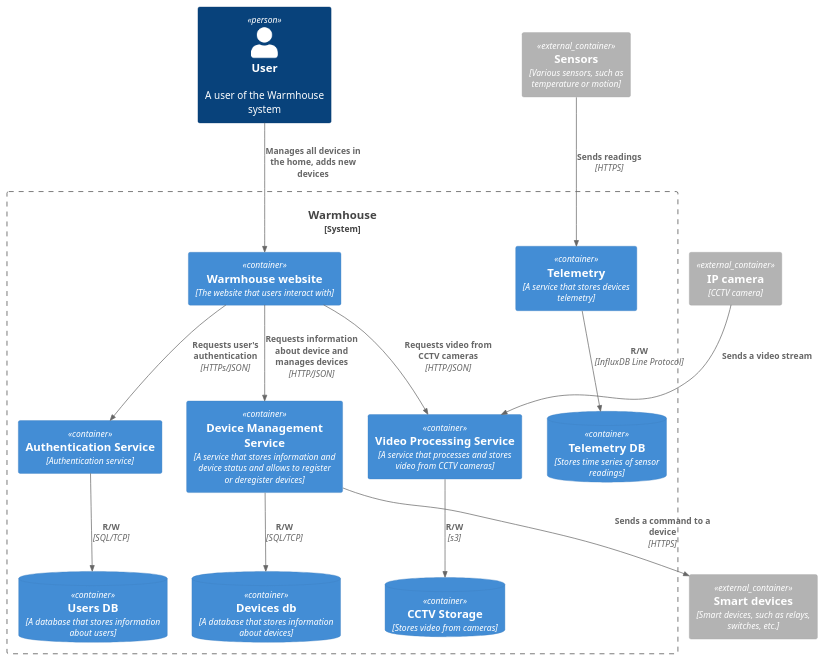
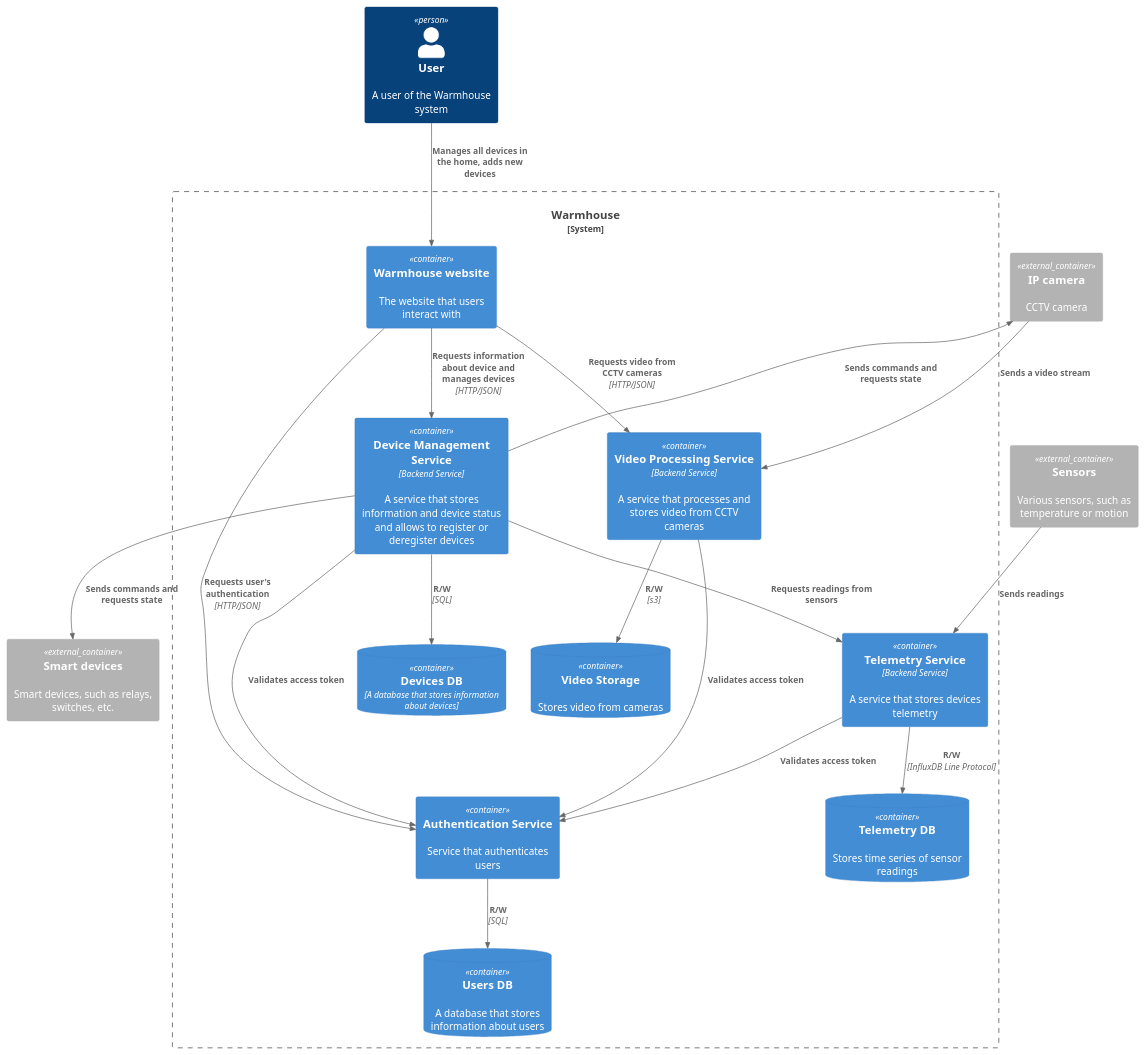
The diagram in docs/architecture/container.puml (afjord/architecture-pro-warmhouse), drawn with PlantUML before and after one commit. The commit also changed 3 other files, not shown here.

Commit message:
Fix container.puml and add component_device.puml

```diff
--- a/docs/architecture/container.puml
+++ b/docs/architecture/container.puml
@@ -1,39 +1,45 @@
 @startuml
 
 !include C4_Container.puml
 
 Person(user, "User", "A user of the Warmhouse system")
-Container_Ext(device, "Smart devices", "Smart devices, such as relays, switches, etc.")
-Container_Ext(sensor, "Sensors", "Various sensors, such as temperature or motion")
-Container_Ext(ip_camera, "IP camera", "CCTV camera")
+Container_Ext(device, "Smart devices", $descr="Smart devices, such as relays, switches, etc.")
+Container_Ext(sensor, "Sensors", $descr="Various sensors, such as temperature or motion")
+Container_Ext(ipCamera, "IP camera", $descr="CCTV camera")
 
-System_Boundary(warmhouse_system, "Warmhouse") {
-    Container(web_app, "Warmhouse website", "The website that users interact with")
+System_Boundary(warmhouseSystem, "Warmhouse") {
+    Container(webApp, "Warmhouse website", $descr="The website that users interact with")
 
-    Container(devices_management, "Device Management Service", "A service that stores information and device status and allows to register or deregister devices")
-    ContainerDb(devices_db, "Devices db", "A database that stores information about devices")
+    Container(devicesManagement, "Device Management Service", "Backend Service", "A service that stores information and device status and allows to register or deregister devices")
+    ContainerDb(devicesDb, "Devices DB", "A database that stores information about devices")
 
-    Container(auth_service, "Authentication Service", "Authentication service")
-    ContainerDb(users_db, "Users DB", "A database that stores information about users")
+    Container(authService, "Authentication Service", $descr="Service that authenticates users")
+    ContainerDb(usersDb, "Users DB", $descr="A database that stores information about users")
 
-    Container(telemetry, "Telemetry", "A service that stores devices telemetry")
-    ContainerDb(telemetry_db, "Telemetry DB", "Stores time series of sensor readings")
+    Container(telemetry, "Telemetry Service", "Backend Service", "A service that stores devices telemetry")
+    ContainerDb(telemetryDb, "Telemetry DB", $descr="Stores time series of sensor readings")
 
-    Container(video_service, "Video Processing Service", "A service that processes and stores video from CCTV cameras")
-    ContainerDb(video_db, "CCTV Storage", "Stores video from cameras")
+    Container(videoService, "Video Processing Service", "Backend Service", "A service that processes and stores video from CCTV cameras")
+    ContainerDb(videoDb, "Video Storage", $descr="Stores video from cameras")
 
-    Rel(auth_service,users_db,"R/W", "SQL/TCP")
-    Rel(devices_management,device,"Sends a command to a device", HTTPS)
-    Rel(devices_management,devices_db,"R/W", "SQL/TCP")
-    Rel(ip_camera,video_service, "Sends a video stream")
-    Rel(sensor,telemetry, "Sends readings", HTTPS)
-    Rel(telemetry,telemetry_db, "R/W", "InfluxDB Line Protocol")
-    Rel(video_service,video_db, "R/W", s3)
-    Rel(web_app,auth_service,"Requests user's authentication", "HTTPs/JSON")
-    Rel(web_app,devices_management,"Requests information about device and manages devices", "HTTP/JSON")
-    Rel(web_app,video_service, "Requests video from CCTV cameras", "HTTP/JSON")
+    Rel(authService,usersDb,"R/W", "SQL")
+    Rel(devicesManagement,device,"Sends commands and requests state")
+    Rel(devicesManagement,ipCamera,"Sends commands and requests state")
+    Rel(devicesManagement, telemetry, "Requests readings from sensors")
+    Rel(devicesManagement,devicesDb,"R/W", "SQL")
+    Rel(ipCamera,videoService, "Sends a video stream")
+    Rel(sensor,telemetry, "Sends readings")
+    Rel(telemetry,telemetryDb, "R/W", "InfluxDB Line Protocol")
+    Rel(videoService,videoDb, "R/W", s3)
+    Rel(webApp,authService,"Requests user's authentication", "HTTP/JSON")
+    Rel(webApp,devicesManagement,"Requests information about device and manages devices", "HTTP/JSON")
+    Rel(webApp,videoService, "Requests video from CCTV cameras", "HTTP/JSON")
+
+    Rel(devicesManagement, authService, "Validates access token")
+    Rel(telemetry, authService, "Validates access token")
+    Rel(videoService, authService, "Validates access token")
 }
 
-Rel(user,web_app,"Manages all devices in the home, adds new devices")
+Rel(user,webApp,"Manages all devices in the home, adds new devices")
 
 @enduml
```
